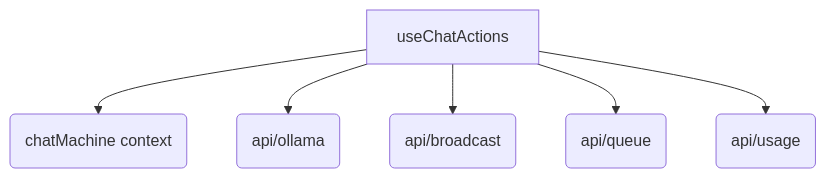
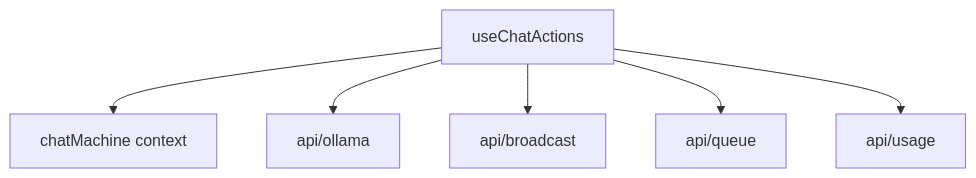
One commit to DovahkiinYuzuko/ddo-saba changed the diagram in docs/variables'n'functions/TypeScript/[TypeScript]useChatActions.md. Above: the diagram before and after it, drawn with Mermaid. The commit also changed other lines of this file and 1 other file, not shown here.

````diff
--- a/docs/variables'n'functions/TypeScript/[TypeScript]useChatActions.md
+++ b/docs/variables'n'functions/TypeScript/[TypeScript]useChatActions.md
@@ -5,8 +25,8 @@
 ```mermaid
 graph TD
-    A[useChatActions] --> B(chatMachine context)
-    A --> C(api/ollama)
-    A --> D(api/broadcast)
-    A --> E(api/queue)
-    A --> F(api/usage)
+    useChatActions --> chatMachine[chatMachine context]
+    useChatActions --> ollama[api/ollama]
+    useChatActions --> broadcast[api/broadcast]
+    useChatActions --> queue[api/queue]
+    useChatActions --> usage[api/usage]
 ```
````
